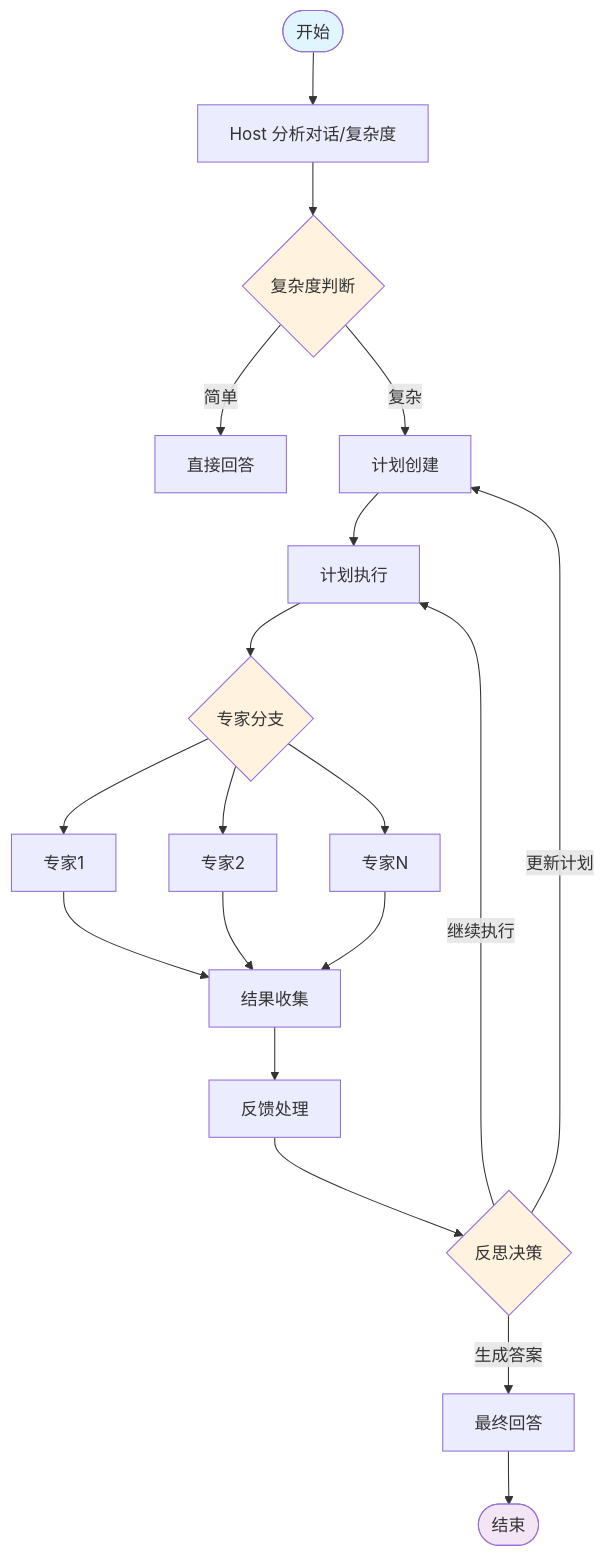
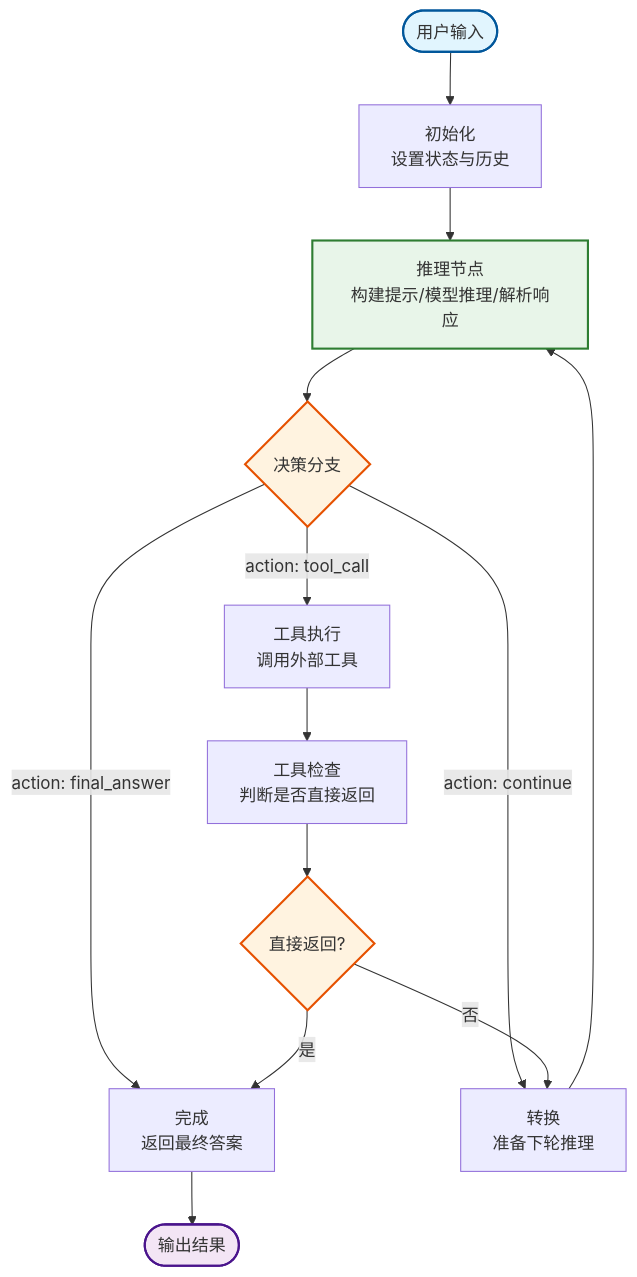
The third of 3 diagrams in docs/blog/03-eino-and-multiagent.md (PGshen/thinking-map), drawn with Mermaid before and after one commit. The commit also changed other lines of this file and 1 other file, not shown here.

Commit message:
docs(blog): enhance Eino multi-agent architecture article with detailed component design and execution flow

````diff
--- a/docs/blog/03-eino-and-multiagent.md
+++ b/docs/blog/03-eino-and-multiagent.md
@@ -102,27 +323,28 @@
 ```mermaid
 flowchart TD
-  START([开始]) --> HOST_ANALYZE[Host 分析对话/复杂度]
-  HOST_ANALYZE --> BR{复杂度判断}
-  BR -->|简单| DIRECT[直接回答]
-  BR -->|复杂| PLAN[计划创建]
-  PLAN --> EXEC[计划执行]
-  EXEC --> SPEC_BRANCH{专家分支}
-  SPEC_BRANCH --> S1[专家1]
-  SPEC_BRANCH --> S2[专家2]
-  SPEC_BRANCH --> SN[专家N]
-  S1 --> COLLECT[结果收集]
-  S2 --> COLLECT
-  SN --> COLLECT
-  COLLECT --> FEEDBACK[反馈处理]
-  FEEDBACK --> DECISION{反思决策}
-  DECISION -->|继续执行| EXEC
-  DECISION -->|更新计划| PLAN
-  DECISION -->|生成答案| FINAL[最终回答]
-  FINAL --> END([结束])
-
-  style START fill:#e1f5fe
-  style END fill:#f3e5f5
-  style BR fill:#fff3e0
-  style SPEC_BRANCH fill:#fff3e0
-  style DECISION fill:#fff3e0
+    START([用户输入]) --> INIT[初始化<br/>设置状态与历史]
+    
+    INIT --> REASONING[推理节点<br/>构建提示/模型推理/解析响应]
+    
+    REASONING --> DECISION{决策分支}
+    
+    DECISION -->|action: tool_call| TOOLS[工具执行<br/>调用外部工具]
+    DECISION -->|action: final_answer| COMPLETE[完成<br/>返回最终答案]
+    DECISION -->|action: continue| TO_REASONING[转换<br/>准备下轮推理]
+    
+    TOOLS --> CHECKER[工具检查<br/>判断是否直接返回]
+    
+    CHECKER --> CHECKER_BRANCH{直接返回?}
+    CHECKER_BRANCH -->|是| COMPLETE
+    CHECKER_BRANCH -->|否| TO_REASONING
+    
+    TO_REASONING --> REASONING
+    
+    COMPLETE --> END([输出结果])
+    
+    style START fill:#e1f5fe,stroke:#01579b,stroke-width:2px
+    style END fill:#f3e5f5,stroke:#4a148c,stroke-width:2px
+    style DECISION fill:#fff3e0,stroke:#e65100,stroke-width:2px
+    style CHECKER_BRANCH fill:#fff3e0,stroke:#e65100,stroke-width:2px
+    style REASONING fill:#e8f5e9,stroke:#2e7d32,stroke-width:2px
 ```
````
